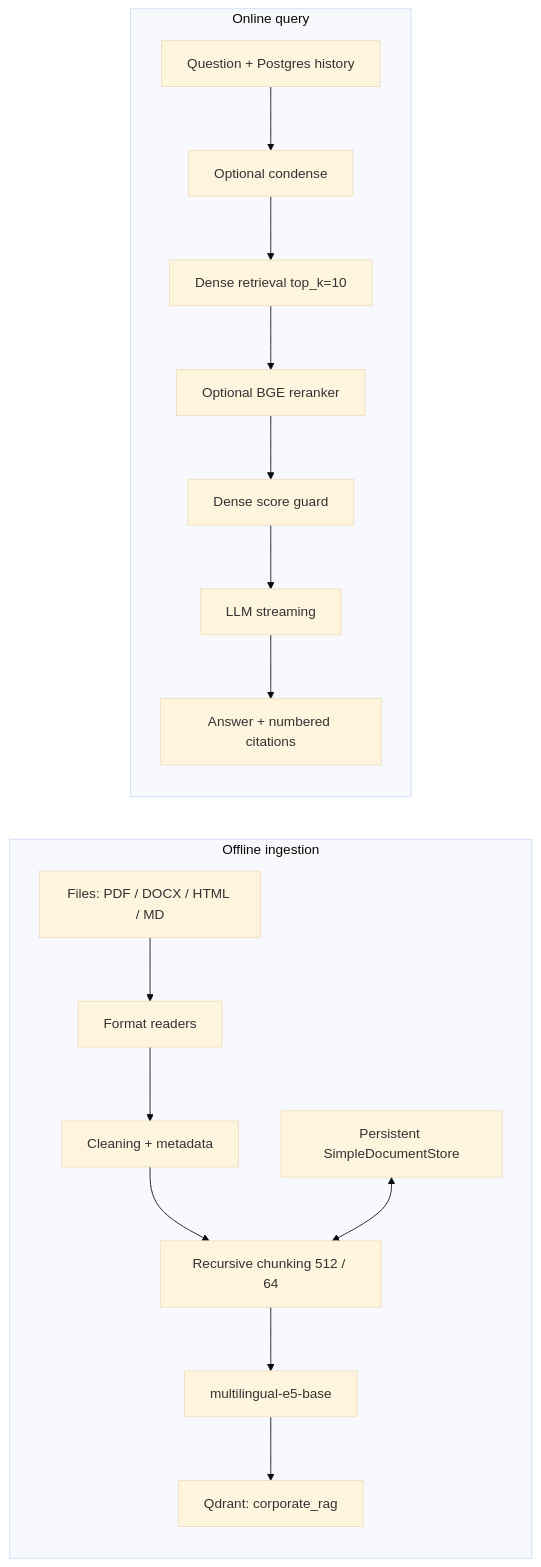
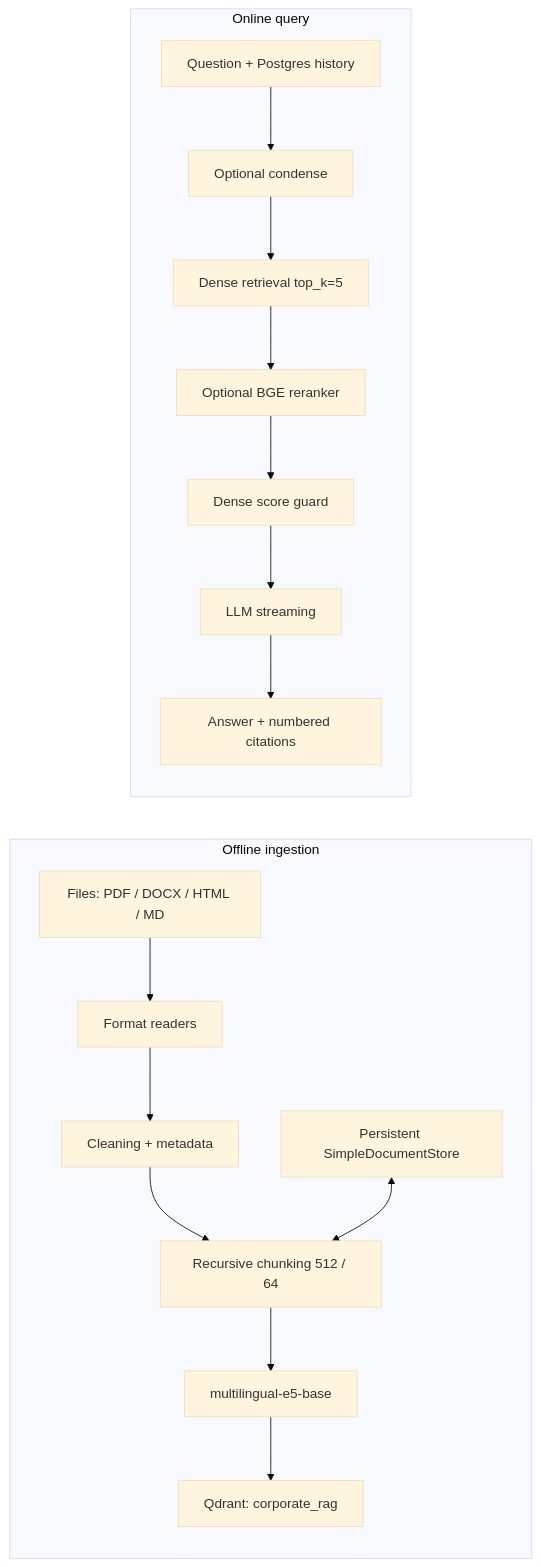
The diagram in docs/rag.md (kabardinkaa/diploma), drawn with Mermaid (base theme) before and after one commit. The commit also changed other lines of this file and 5 other files, not shown here.

````diff
--- a/docs/rag.md
+++ b/docs/rag.md
@@ -8,20 +8,20 @@
 ```mermaid
 flowchart LR
   subgraph INGESTION["Offline ingestion"]
     F["Files: PDF / DOCX / HTML / MD"] --> P["Format readers"]
     P --> M["Cleaning + metadata"]
     M --> C["Recursive chunking 512 / 64"]
     C --> E["multilingual-e5-base"]
     E --> Q["Qdrant: corporate_rag"]
     D["Persistent SimpleDocumentStore"] <--> C
   end
 
   subgraph QUERY["Online query"]
     U["Question + Postgres history"] --> N["Optional condense"]
-    N --> R["Dense retrieval top_k=10"]
+    N --> R["Dense retrieval top_k=5"]
     R --> RR["Optional BGE reranker"]
     RR --> G["Dense score guard"]
     G --> L["LLM streaming"]
     L --> A["Answer + numbered citations"]
   end
 ```
````
